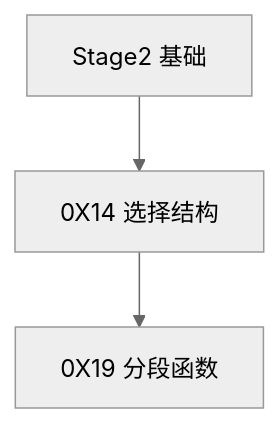
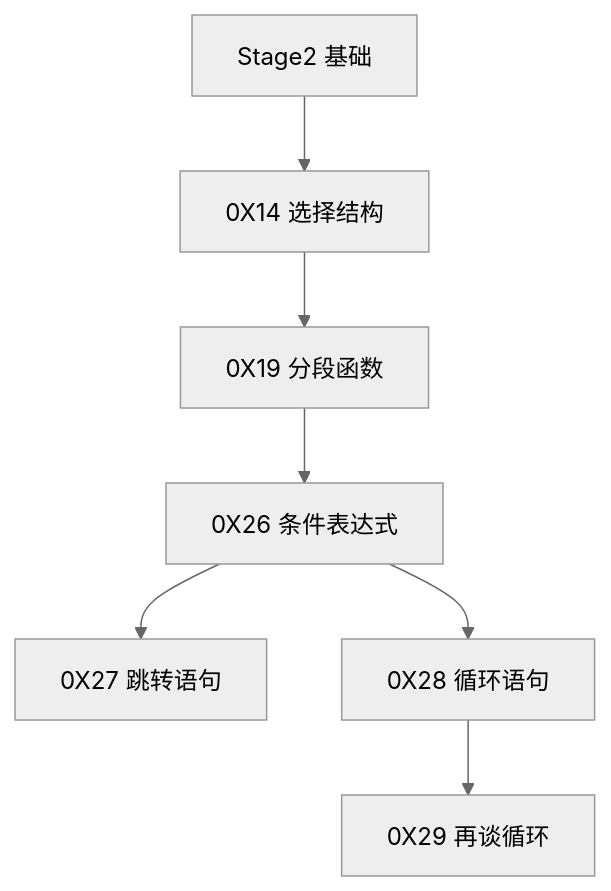
One commit to ZhiZe-ZG/TXLuaLesson changed the eighth of 8 diagrams in 目录.md. Above: the diagram before and after it, drawn with Mermaid (neutral theme). The commit also changed other lines of this file and 9 other files, not shown here.

````diff
--- a/目录.md
+++ b/目录.md
@@ -198,9 +213,17 @@
 ```mermaid
 graph TD;
     S2[Stage2 基础]
     C14[0X14 选择结构]
     C19[0X19 分段函数]
+    C26[0X26 条件表达式]
+    C27[0X27 跳转语句]
+    C28[0X28 循环语句]
+    C29[0X29 再谈循环]
 
     S2-->C14
     C14-->C19
+    C19-->C26
+    C26-->C27
+    C26-->C28
+    C28-->C29
 ```
````
